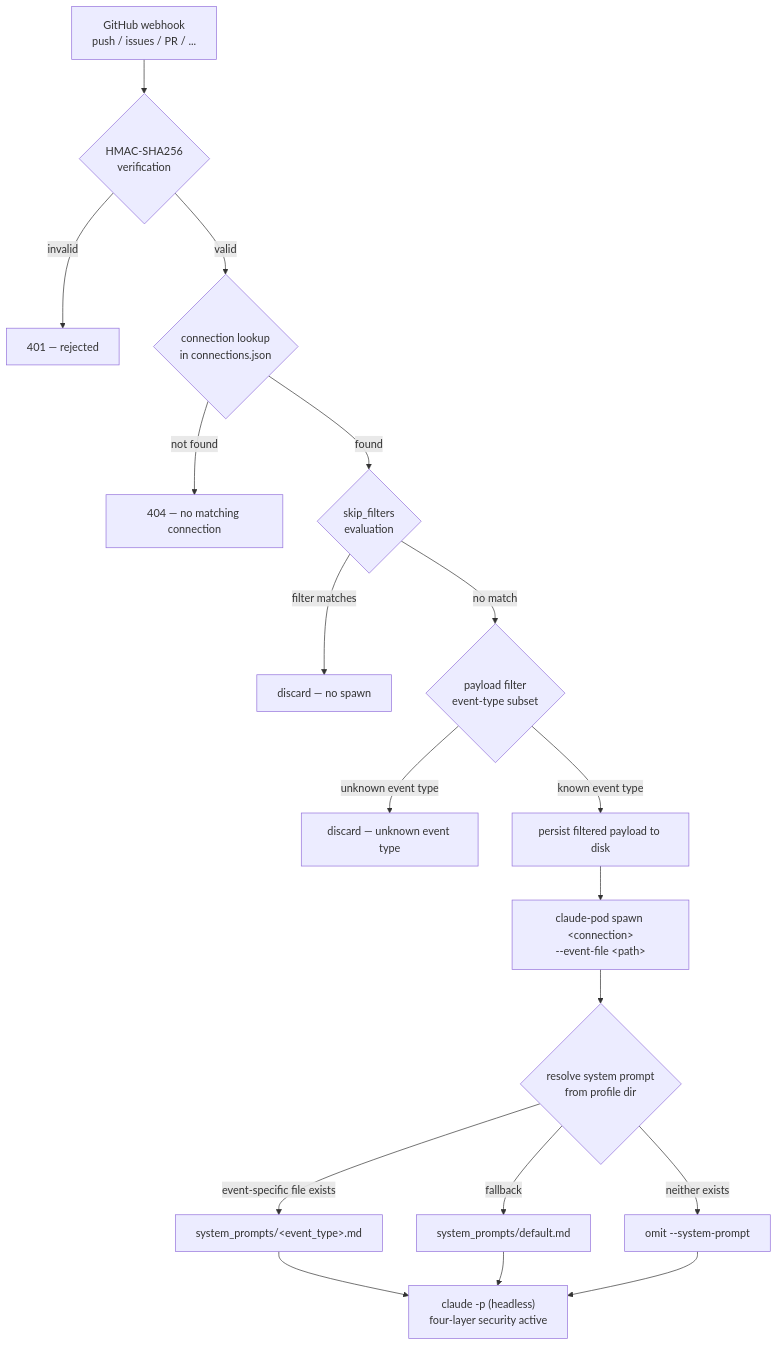
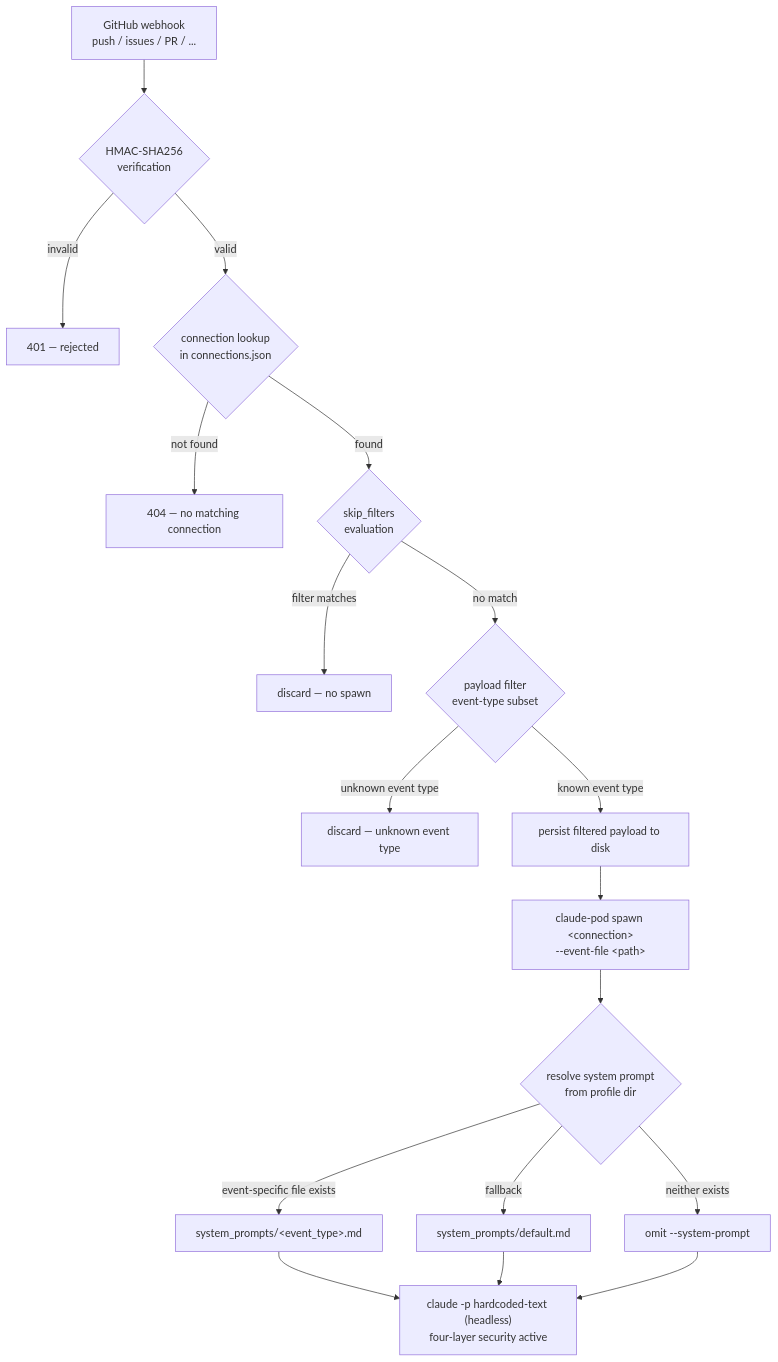
Before and after one commit to llm-gourmet/claude-pod: the third of 3 diagrams in ARCHITECTURE.md, drawn with Mermaid. The commit also changed other lines of this file and 6 other files, not shown here.

First line of the commit message:
[skip-claude] Entferne dynamische Task-Files; spawn nutzt hardcoded Fallback-Text

````diff
--- a/ARCHITECTURE.md
+++ b/ARCHITECTURE.md
@@ -130,34 +135,34 @@
 ```mermaid
 flowchart TD
     GH["GitHub webhook\npush / issues / PR / ..."]
     HMAC{"HMAC-SHA256\nverification"}
     HMACFail["401 — rejected"]
     Conn{"connection lookup\nin connections.json"}
     ConnFail["404 — no matching connection"]
     Filter{"skip_filters\nevaluation"}
     FilterSkip["discard — no spawn"]
     PayloadFilter{"payload filter\nevent-type subset"}
     PayloadFilterSkip["discard — unknown event type"]
     Persist["persist filtered payload to disk"]
     Spawn["claude-pod spawn &lt;connection&gt;\n--event-file &lt;path&gt;"]
     SysPrompt{"resolve system prompt\nfrom profile dir"}
     SP1["system_prompts/&lt;event_type&gt;.md"]
     SP2["system_prompts/default.md"]
     SP3["omit --system-prompt"]
-    Claude["claude -p (headless)\nfour-layer security active"]
+    Claude["claude -p hardcoded-text (headless)\nfour-layer security active"]
 
     GH --> HMAC
     HMAC -->|invalid| HMACFail
     HMAC -->|valid| Conn
     Conn -->|not found| ConnFail
     Conn -->|found| Filter
     Filter -->|filter matches| FilterSkip
     Filter -->|no match| PayloadFilter
     PayloadFilter -->|unknown event type| PayloadFilterSkip
     PayloadFilter -->|known event type| Persist
     Persist --> Spawn
     Spawn --> SysPrompt
     SysPrompt -->|event-specific file exists| SP1 --> Claude
     SysPrompt -->|fallback| SP2 --> Claude
     SysPrompt -->|neither exists| SP3 --> Claude
 ```
````
